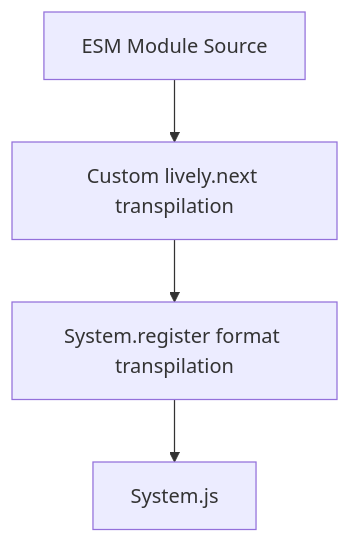
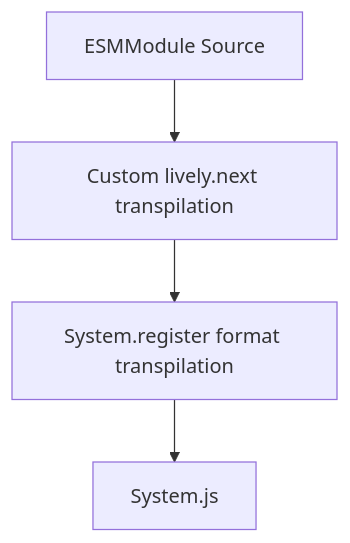
Before and after one commit to nextguys/lively-next-relaunch: the first of 3 diagrams in explanation/modules.md, drawn with Mermaid. The commit also changed other lines of this file, not shown here.

Commit message:
Fix flow diagram labeling

````diff
--- a/explanation/modules.md
+++ b/explanation/modules.md
@@ -186,8 +187,9 @@
 ```mermaid
 flowchart TD
-    esm["ESM Module Source"]
+
+    esm["ESMModule Source"]
     custom["Custom lively.next transpilation"]
     format["System.register format transpilation"]
     system[System.js]
     esm --> custom --> format --> system
 ```
````
